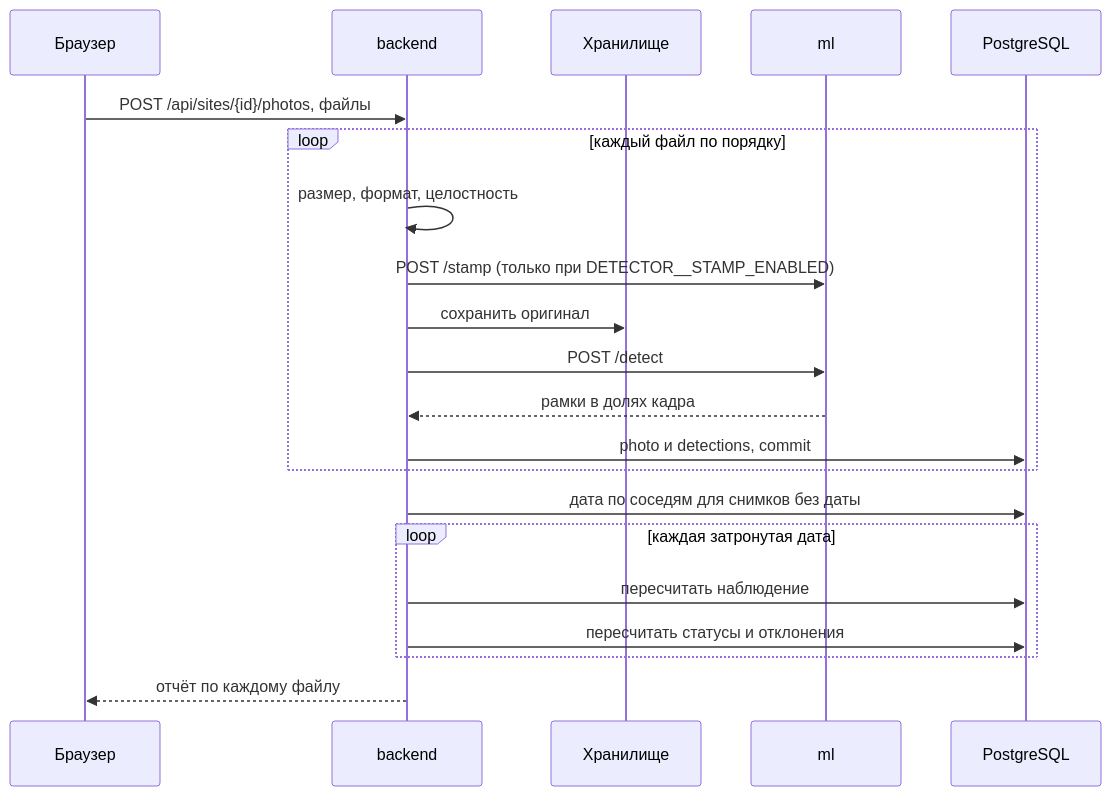
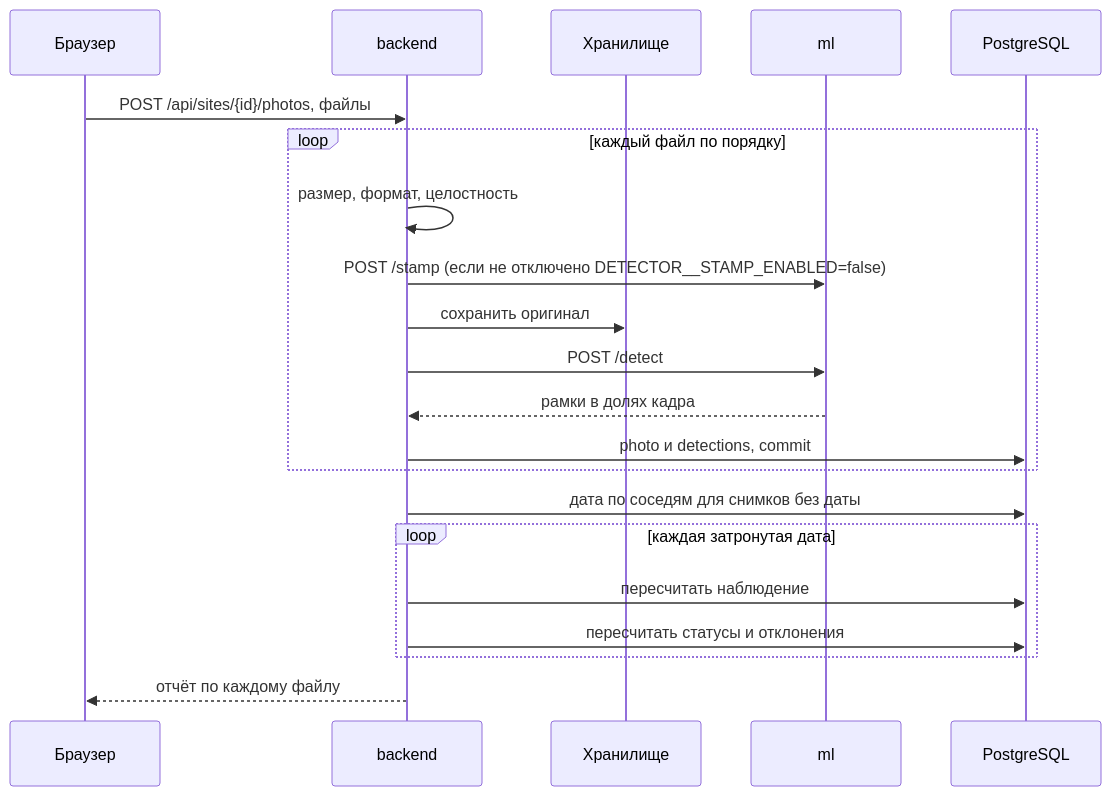
The second of 3 diagrams in documentation/architecture.md (fadegor05/LCT-7), drawn with Mermaid before and after one commit. The commit also changed 19 other files, not shown here.

````diff
--- a/documentation/architecture.md
+++ b/documentation/architecture.md
@@ -32,23 +32,23 @@
 ```mermaid
 sequenceDiagram
   participant UI as Браузер
   participant API as backend
   participant ST as Хранилище
   participant ML as ml
   participant DB as PostgreSQL
   UI->>API: POST /api/sites/{id}/photos, файлы
   loop каждый файл по порядку
     API->>API: размер, формат, целостность
-    API->>ML: POST /stamp (только при DETECTOR__STAMP_ENABLED)
+    API->>ML: POST /stamp (если не отключено DETECTOR__STAMP_ENABLED=false)
     API->>ST: сохранить оригинал
     API->>ML: POST /detect
     ML-->>API: рамки в долях кадра
     API->>DB: photo и detections, commit
   end
   API->>DB: дата по соседям для снимков без даты
   loop каждая затронутая дата
     API->>DB: пересчитать наблюдение
     API->>DB: пересчитать статусы и отклонения
   end
   API-->>UI: отчёт по каждому файлу
 ```
````
